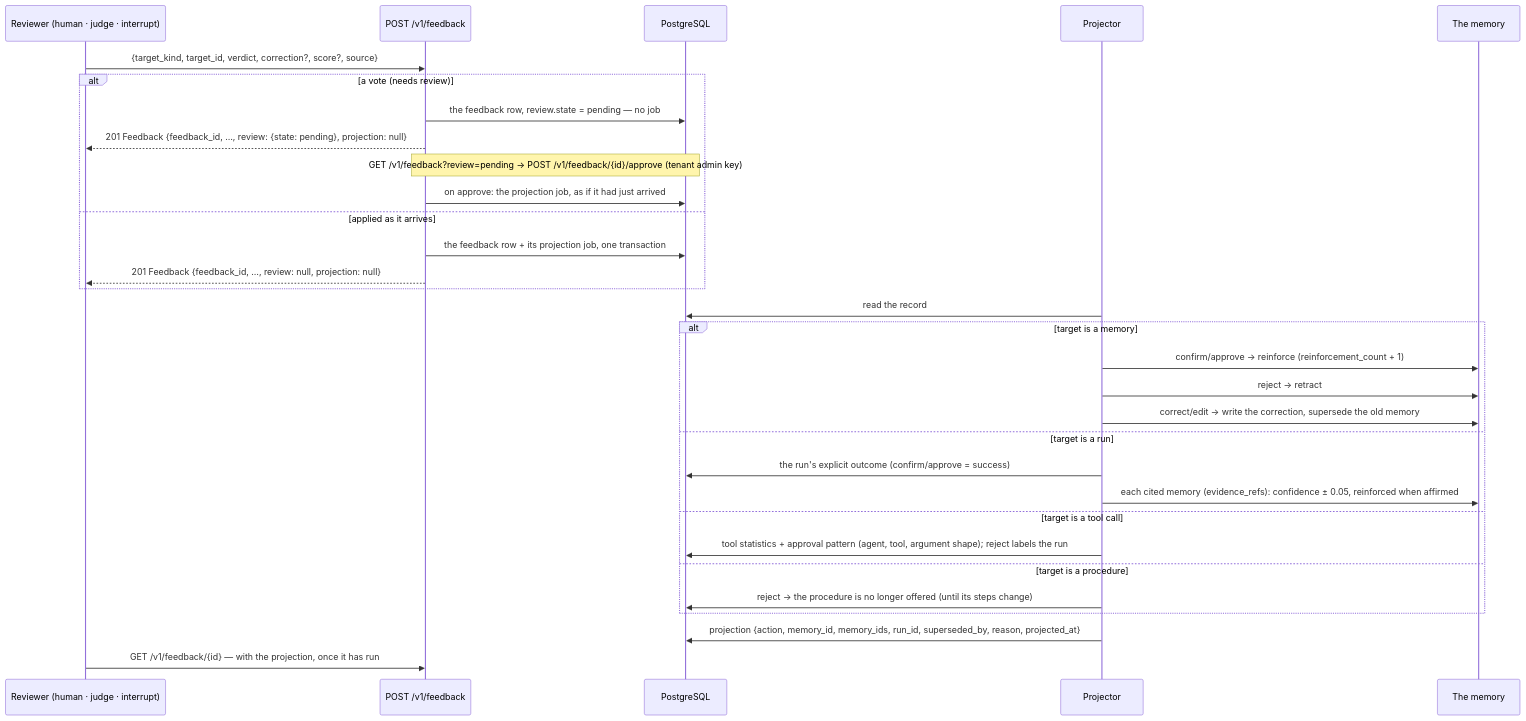
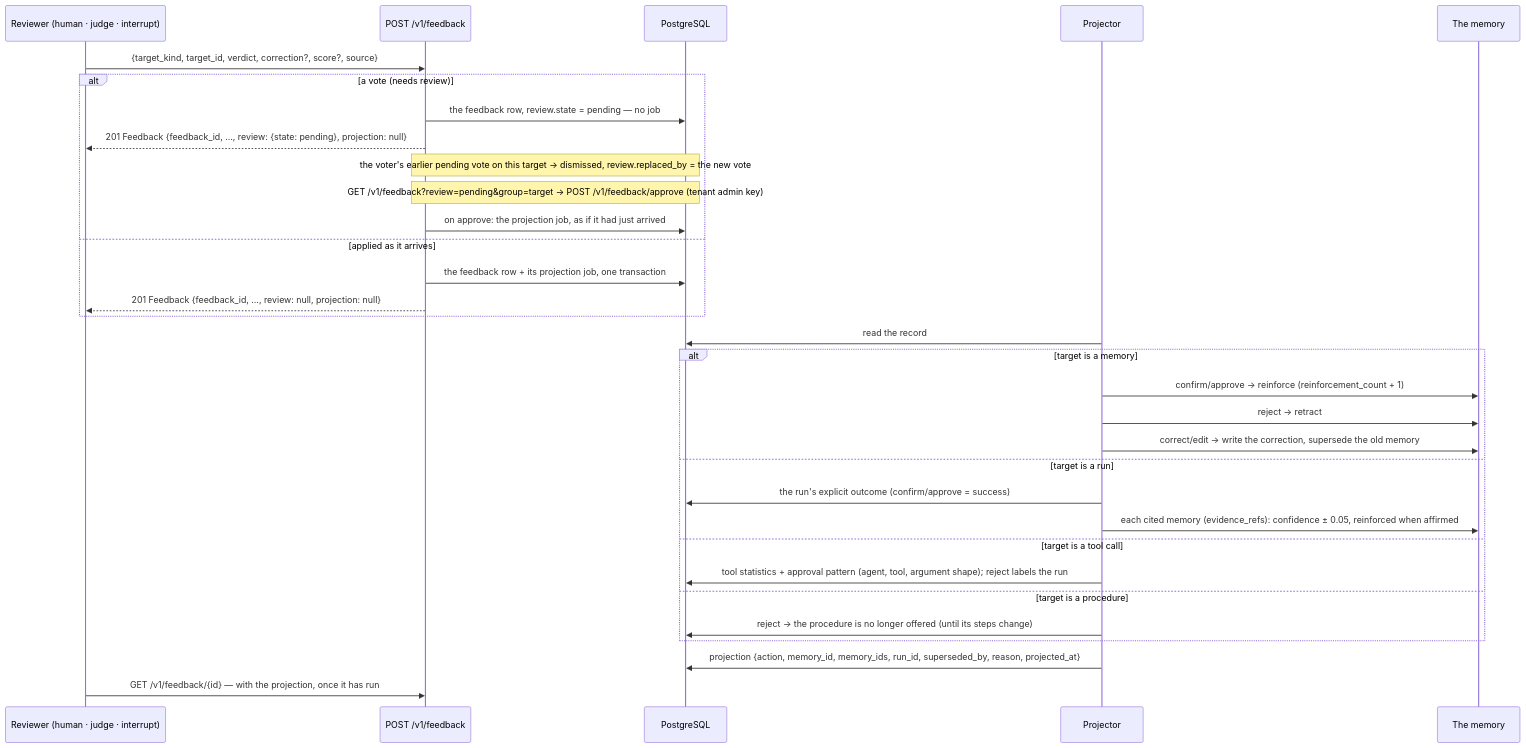
One commit to amitmohapatra/agent-memory-service changed the diagram in docs/api/feedback.md. Above: the diagram before and after it, drawn with Mermaid. The commit also changed other lines of this file and 32 other files, not shown here.

````diff
--- a/docs/api/feedback.md
+++ b/docs/api/feedback.md
@@ -17,33 +21,34 @@
 ```mermaid
 sequenceDiagram
   participant R as Reviewer (human · judge · interrupt)
   participant F as POST /v1/feedback
   participant DB as PostgreSQL
   participant P as Projector
   participant M as The memory
   R->>F: {target_kind, target_id, verdict, correction?, score?, source}
   alt a vote (needs review)
     F->>DB: the feedback row, review.state = pending — no job
     F-->>R: 201 Feedback {feedback_id, …, review: {state: pending}, projection: null}
-    Note over F,DB: GET /v1/feedback?review=pending → POST /v1/feedback/{id}/approve (tenant admin key)
+    Note over F,DB: the voter's earlier pending vote on this target → dismissed, review.replaced_by = the new vote
+    Note over F,DB: GET /v1/feedback?review=pending&group=target → POST /v1/feedback/approve (tenant admin key)
     F->>DB: on approve: the projection job, as if it had just arrived
   else applied as it arrives
     F->>DB: the feedback row + its projection job, one transaction
     F-->>R: 201 Feedback {feedback_id, …, review: null, projection: null}
   end
   P->>DB: read the record
   alt target is a memory
     P->>M: confirm/approve → reinforce (reinforcement_count + 1)
     P->>M: reject → retract
     P->>M: correct/edit → write the correction, supersede the old memory
   else target is a run
     P->>DB: the run's explicit outcome (confirm/approve = success)
     P->>M: each cited memory (evidence_refs): confidence ± 0.05, reinforced when affirmed
   else target is a tool call
     P->>DB: tool statistics + approval pattern (agent, tool, argument shape)#59; reject labels the run
   else target is a procedure
     P->>DB: reject → the procedure is no longer offered (until its steps change)
   end
   P->>DB: projection {action, memory_id, memory_ids, run_id, superseded_by, reason, projected_at}
   R->>F: GET /v1/feedback/{id} — with the projection, once it has run
 ```
````
